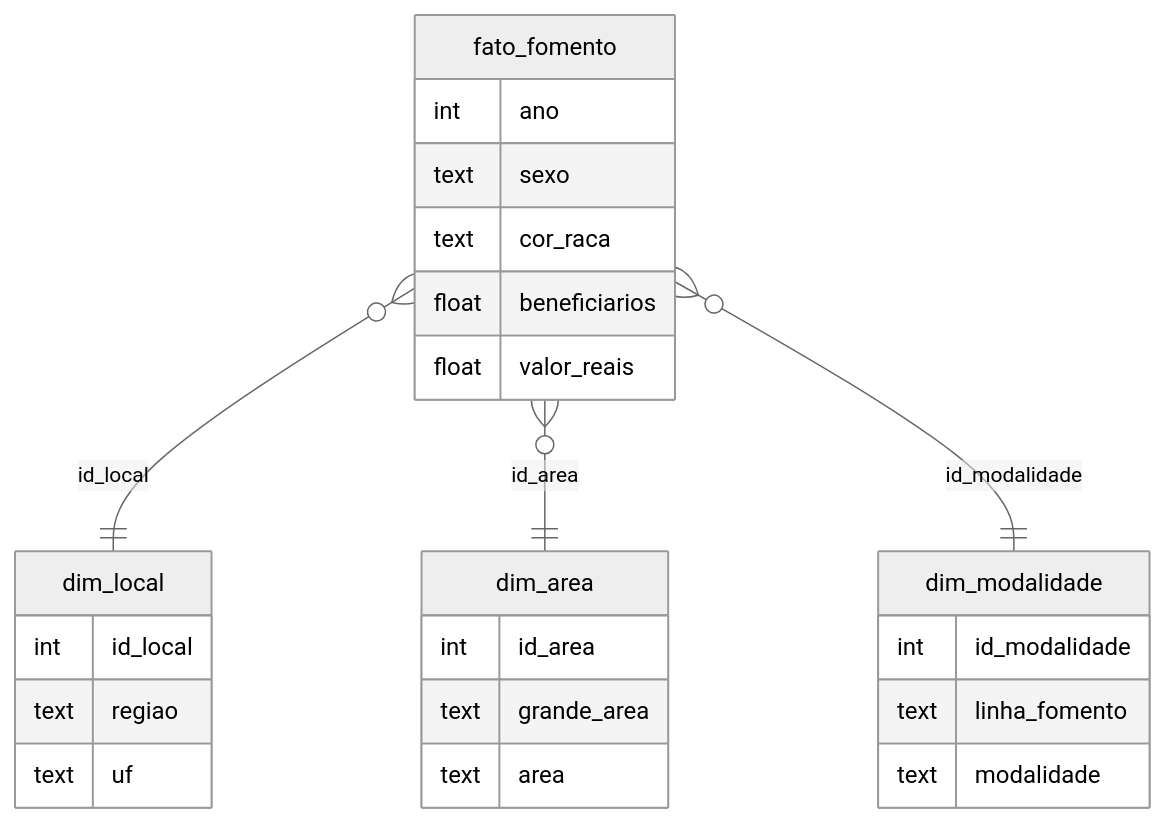
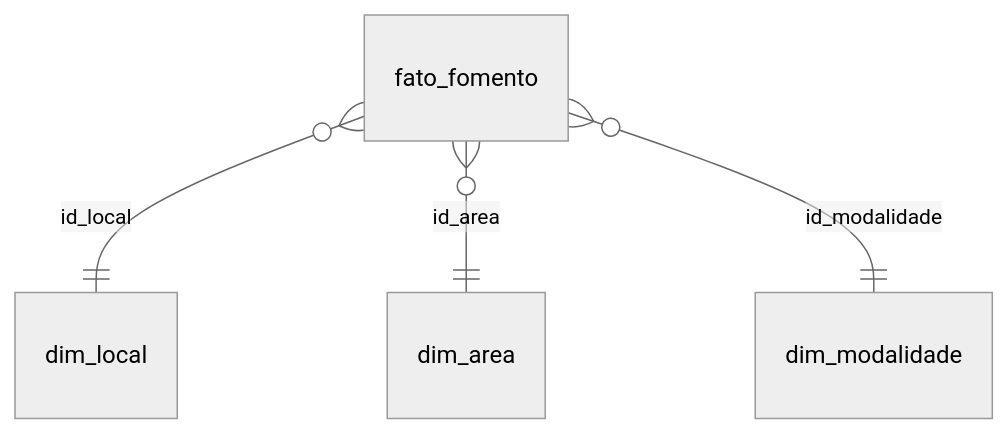
The second of 2 diagrams in README.md (guilhermemirandaa/projeto-bigdata-vies-cnpq), drawn with Mermaid (neutral theme) before and after one commit. The commit also changed other lines of this file, not shown here.

````diff
--- a/README.md
+++ b/README.md
@@ -58,28 +51,6 @@
 ```mermaid
 erDiagram
     fato_fomento }o--|| dim_local : id_local
     fato_fomento }o--|| dim_area : id_area
     fato_fomento }o--|| dim_modalidade : id_modalidade
-    fato_fomento {
-        int ano
-        text sexo
-        text cor_raca
-        float beneficiarios
-        float valor_reais
-    }
-    dim_local {
-        int id_local
-        text regiao
-        text uf
-    }
-    dim_area {
-        int id_area
-        text grande_area
-        text area
-    }
-    dim_modalidade {
-        int id_modalidade
-        text linha_fomento
-        text modalidade
-    }
 ```
````
